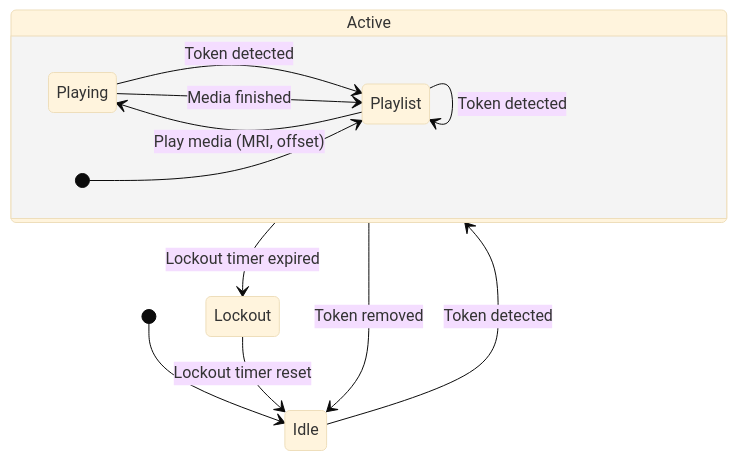
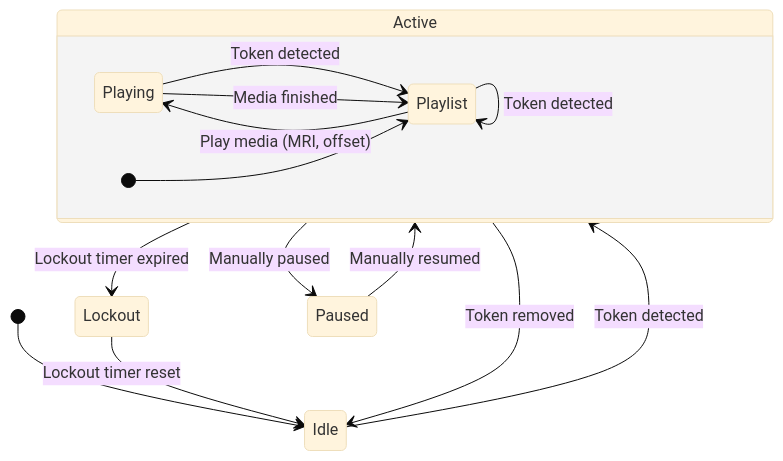
The diagram in docs/architecture.md (francisconroy/phonietv), drawn with Mermaid (base theme) before and after one commit.

Commit message:
Add pause concept to the architecture.md

````diff
--- a/docs/architecture.md
+++ b/docs/architecture.md
@@ -2,24 +2,25 @@
 ```mermaid
 ---
 config:
   layout: dagre
 ---
 stateDiagram
   direction TB
   state Active {
     direction LR
     Playing --> Playlist:Token detected
     Playlist --> Playlist:Token detected
     Playlist --> Playing:Play media (MRI, offset)
     Playing --> Playlist:Media finished
     [*] --> Playlist
     Playing
     Playlist
 [*]  }
   [*] --> Idle
   Idle --> Active:Token detected
   Lockout --> Idle:Lockout timer reset
   Active --> Lockout:Lockout timer expired
   Active --> Idle:Token removed
-
+  Active --> Paused:Manually paused
+  Paused --> Active:Manually resumed
 ```
````
